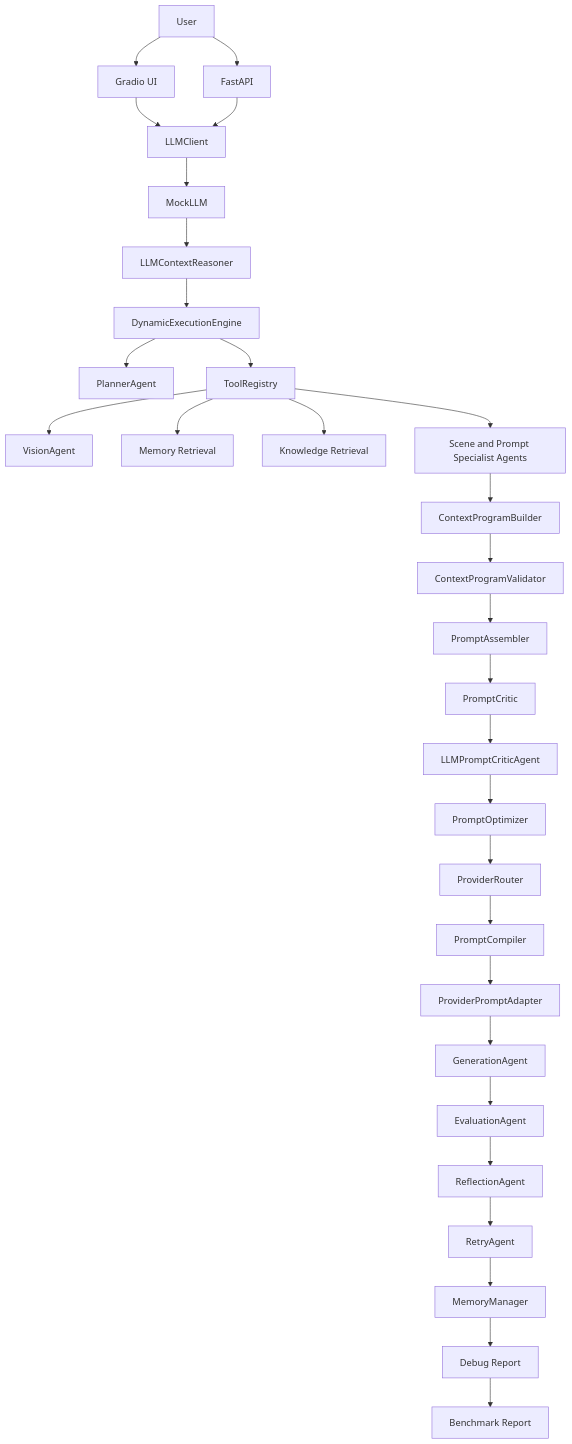
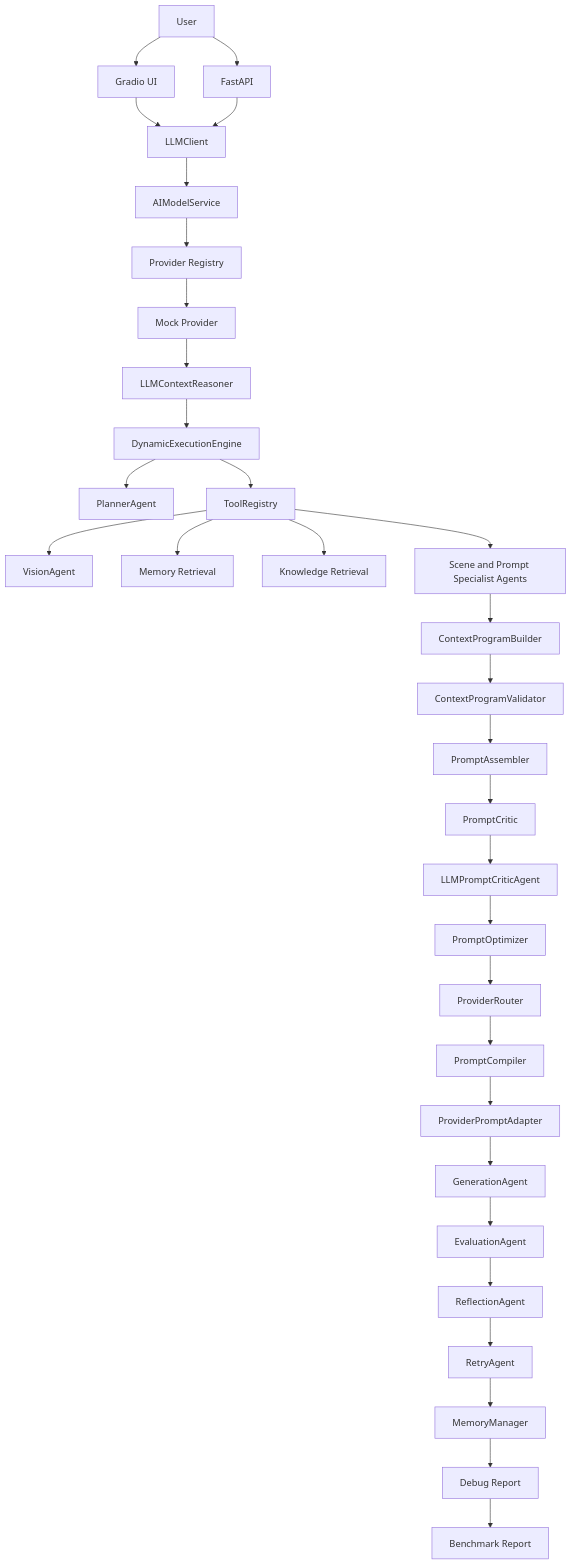
The diagram in docs/architecture.md (wooyybb/multimodal-ai-agent-playground), drawn with Mermaid before and after one commit. The commit also changed other lines of this file and 18 other files, not shown here.

Commit message:
feat(llm): add AI model service layer

````diff
--- a/docs/architecture.md
+++ b/docs/architecture.md
@@ -62,32 +63,34 @@
 ```mermaid
 flowchart TD
     U[User] --> UI[Gradio UI]
     U --> API[FastAPI]
     UI --> LC[LLMClient]
     API --> LC
-    LC --> ML[MockLLM]
+    LC --> AMS[AIModelService]
+    AMS --> REG[Provider Registry]
+    REG --> ML[Mock Provider]
     ML --> LR[LLMContextReasoner]
     LR --> E[DynamicExecutionEngine]
     E --> P[PlannerAgent]
     E --> R[ToolRegistry]
     R --> V[VisionAgent]
     R --> M1[Memory Retrieval]
     R --> K[Knowledge Retrieval]
     R --> S[Scene and Prompt Specialist Agents]
     S --> CP[ContextProgramBuilder]
     CP --> CV[ContextProgramValidator]
     CV --> PA[PromptAssembler]
     PA --> PC[PromptCritic]
     PC --> LPC[LLMPromptCriticAgent]
     LPC --> PO[PromptOptimizer]
     PO --> PR[ProviderRouter]
     PR --> PCMP[PromptCompiler]
     PCMP --> PPA[ProviderPromptAdapter]
     PPA --> G[GenerationAgent]
     G --> EV[EvaluationAgent]
     EV --> RF[ReflectionAgent]
     RF --> RT[RetryAgent]
     RT --> MM[MemoryManager]
     MM --> DR[Debug Report]
     DR --> B[Benchmark Report]
 ```
````
